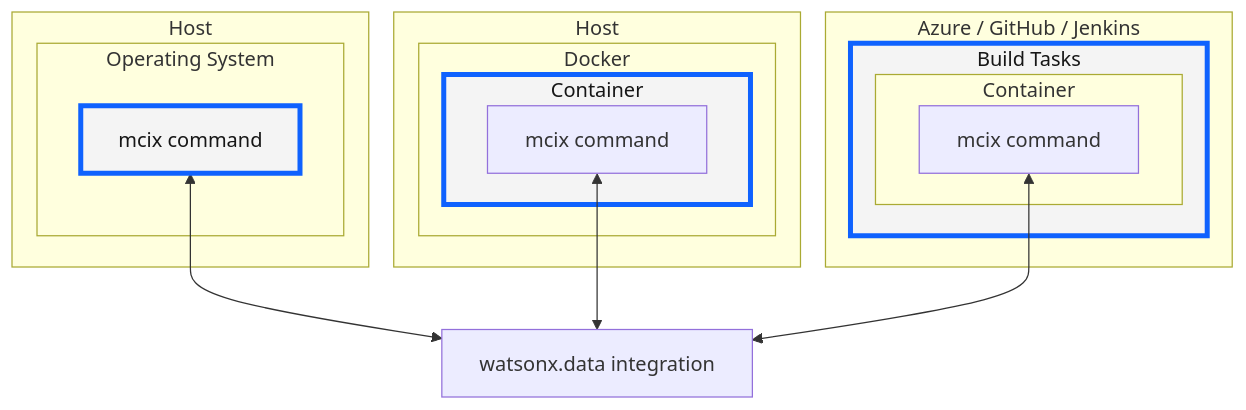
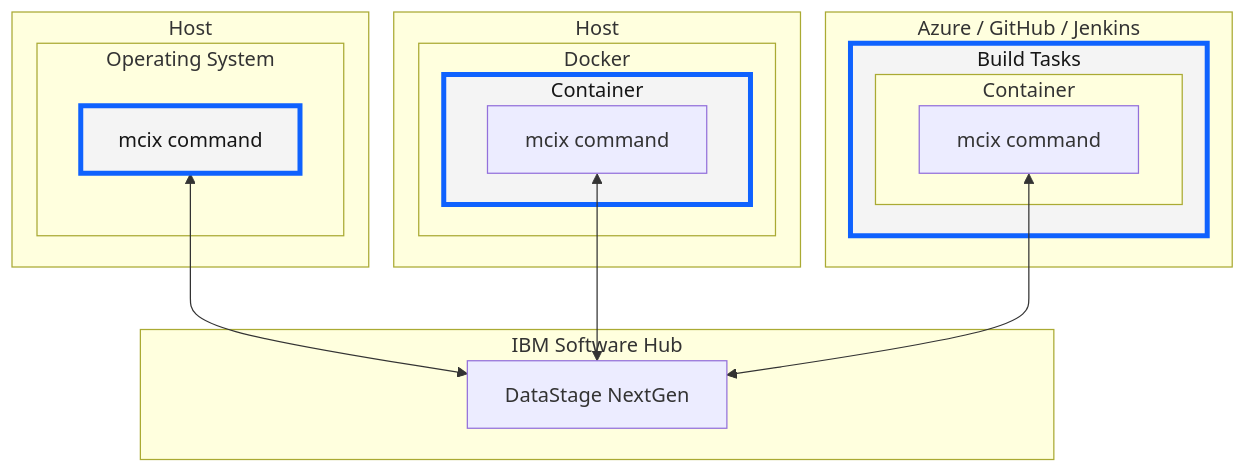
One commit to MettleCI/mcix-cli changed the first of 4 diagrams in _pages/introduction/index.md. Above: the diagram before and after it, drawn with Mermaid. The commit also changed other lines of this file and 19 other files, not shown here.

````diff
--- a/_pages/introduction/index.md
+++ b/_pages/introduction/index.md
@@ -23,49 +23,52 @@
 ```mermaid
   %%{init:{'flowchart':{'nodeSpacing': 50, 'rankSpacing': 50}}}%%
   flowchart TD
 
   %% =========================
   %% Styles
   %% =========================
   classDef registry fill:#333333,stroke:#3b82f6,stroke-width:2px,color:#111;
   classDef image fill:#eefbf3,stroke:#22c55e,stroke-width:2px,color:#111;
   classDef runtime fill:#fff7e6,stroke:#f59e0b,stroke-width:2px,color:#111;
   classDef tooling fill:#f5ecff,stroke:#8b5cf6,stroke-width:2px,color:#111;
   classDef plugin fill:#ffffff,stroke:#6b7280,stroke-width:1px,color:#111;
   classDef command fill:#dcfce7,stroke:#16a34a,stroke-width:2px,color:#111;
   classDef highlight fill:#f4f4f4,stroke:#0f62fe,stroke-width:4px,color:#161616;
 
   %% CPD
-  WATSONX["watsonx.data integration"]
+  subgraph CPD["IBM Software Hub"]
+    WATSONX["DataStage NextGen"]
+  end
+
 
   %% Command
   subgraph HOST["Host"]
     subgraph SHELL["Operating System"]
         MCIXCMD["mcix command"]:::highlight
     end
   end
   class MCIXCMD highlight;
   MCIXCMD <--> WATSONX
 
   %% Docker
   subgraph DOCKERHOST["Host"]
     subgraph DOCKER["Docker"]
       subgraph MCIX_CNT["Container"]
           MCIXCMD_CNT["mcix command"]
       end
     end
   end
   class MCIX_CNT highlight;
   MCIXCMD_CNT <--> WATSONX
 
   %% Task
   subgraph CICD["Azure / GitHub / Jenkins"]
     subgraph CICD_TASK["Build Tasks"]
       subgraph MCIX_CNT_CICD["Container"]
           MCIXCMD_CNT_CICD["mcix command"]
       end
     end
   end
   class CICD_TASK highlight;
   MCIXCMD_CNT_CICD <--> WATSONX
 ```
````
